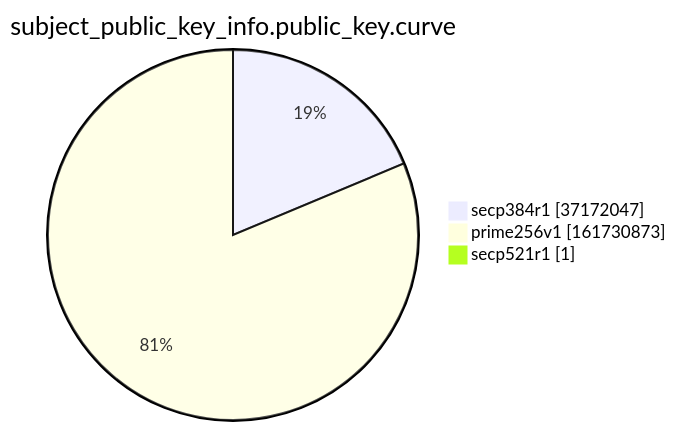
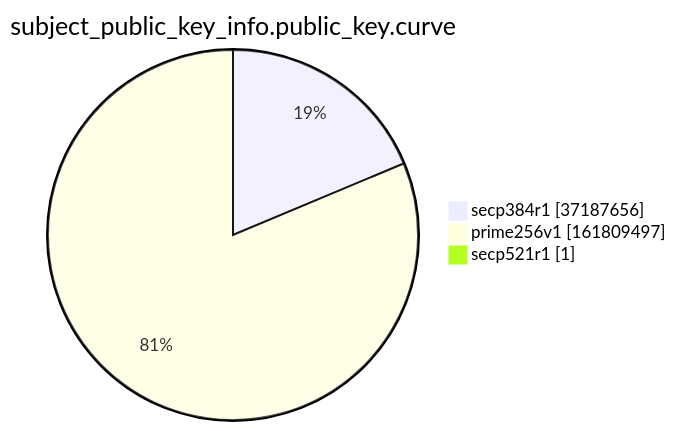
Before and after one commit to christiankrug/ctmonitor_visualization: the ninth of 15 diagrams in argon2022/README.md, drawn with Mermaid. The commit also changed other lines of this file, not shown here.

````diff
--- a/argon2022/README.md
+++ b/argon2022/README.md
@@ -2766,7 +2766,7 @@
 ```mermaid
 pie showData
 title subject_public_key_info.public_key.curve
-"secp384r1" :37172047
-"prime256v1" :161730873
+"secp384r1" :37187656
+"prime256v1" :161809497
 "secp521r1" :1
 ```
````
